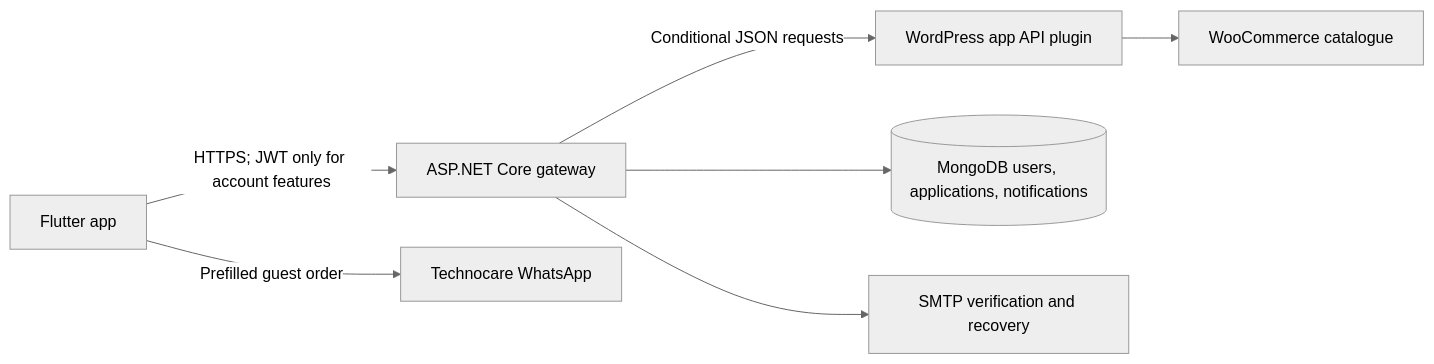
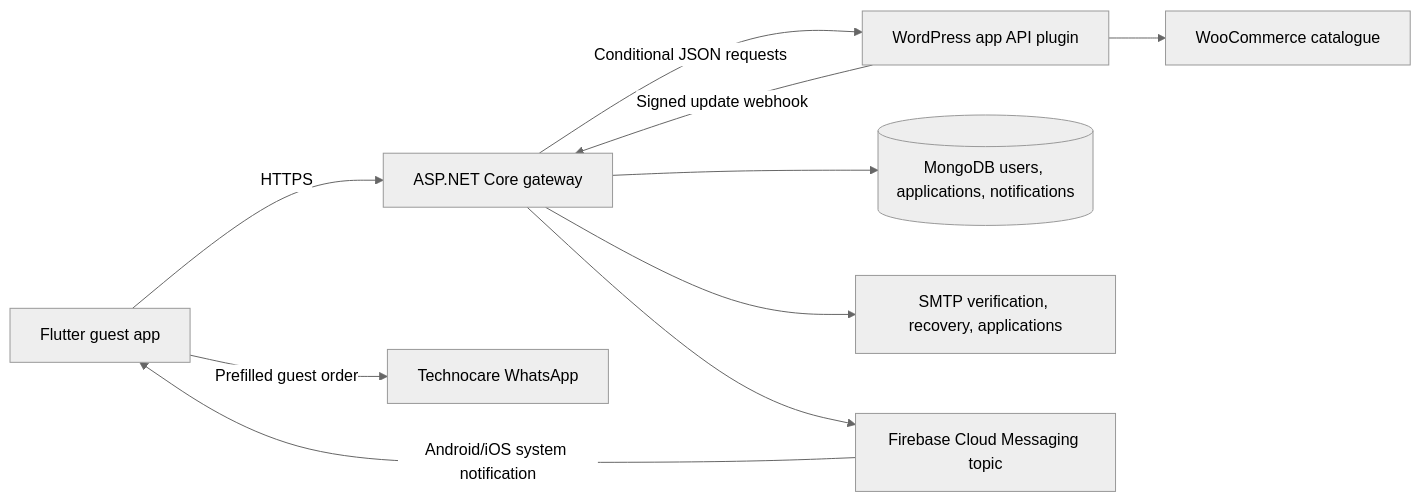
One commit to SeljanKarimli/Technocare changed the diagram in README.md. Above: the diagram before and after it, drawn with Mermaid (neutral theme). The commit also changed other lines of this file and 45 other files, not shown here.

````diff
--- a/README.md
+++ b/README.md
@@ -7,9 +7,12 @@
 ```mermaid
 flowchart LR
-    App[Flutter app] -->|HTTPS; JWT only for account features| API[ASP.NET Core gateway]
+    App[Flutter guest app] -->|HTTPS| API[ASP.NET Core gateway]
     API -->|Conditional JSON requests| WP[WordPress app API plugin]
     WP --> Woo[WooCommerce catalogue]
     API --> Mongo[(MongoDB users, applications, notifications)]
-    API --> SMTP[SMTP verification and recovery]
+    API --> SMTP[SMTP verification, recovery, applications]
+    WP -->|Signed update webhook| API
+    API --> FCM[Firebase Cloud Messaging topic]
+    FCM -->|Android/iOS system notification| App
     App -->|Prefilled guest order| WhatsApp[Technocare WhatsApp]
 ```
````
